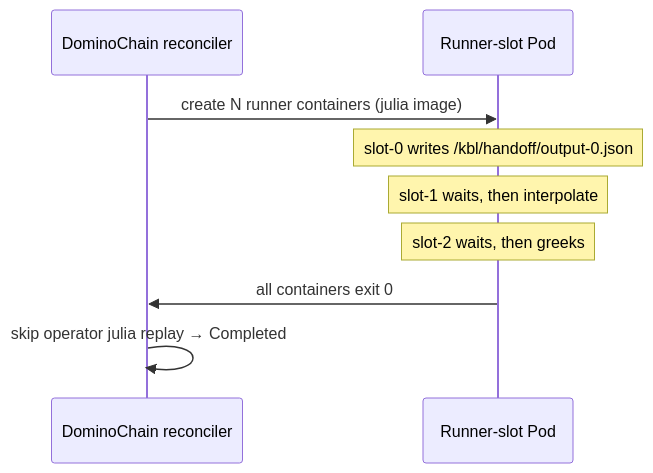
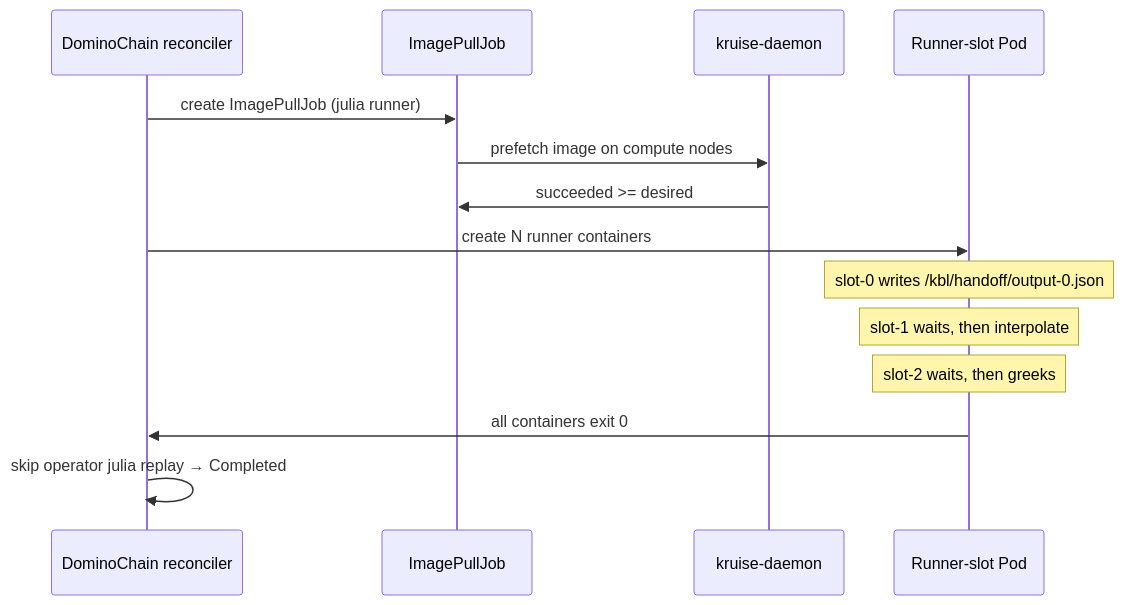
Before and after one commit to jmjava/uber-lang-of-compute: the tenth of 17 diagrams in docs/diagrams.md, drawn with Mermaid. The commit also changed other lines of this file and 20 other files, not shown here.

First line of the commit message:
Prefetch OpenKruise runner images with ImagePullJob.

````diff
--- a/docs/diagrams.md
+++ b/docs/diagrams.md
@@ -256,12 +256,17 @@
 ```mermaid
 sequenceDiagram
   participant Ctrl as DominoChain reconciler
+  participant IPJ as ImagePullJob
+  participant Daemon as kruise-daemon
   participant Pod as Runner-slot Pod
 
-  Ctrl->>Pod: create N runner containers (julia image)
+  Ctrl->>IPJ: create ImagePullJob (julia runner)
+  IPJ->>Daemon: prefetch image on compute nodes
+  Daemon->>IPJ: succeeded >= desired
+  Ctrl->>Pod: create N runner containers
   Note over Pod: slot-0 writes /kbl/handoff/output-0.json
   Note over Pod: slot-1 waits, then interpolate
   Note over Pod: slot-2 waits, then greeks
   Pod->>Ctrl: all containers exit 0
   Ctrl->>Ctrl: skip operator julia replay → Completed
 ```
````
